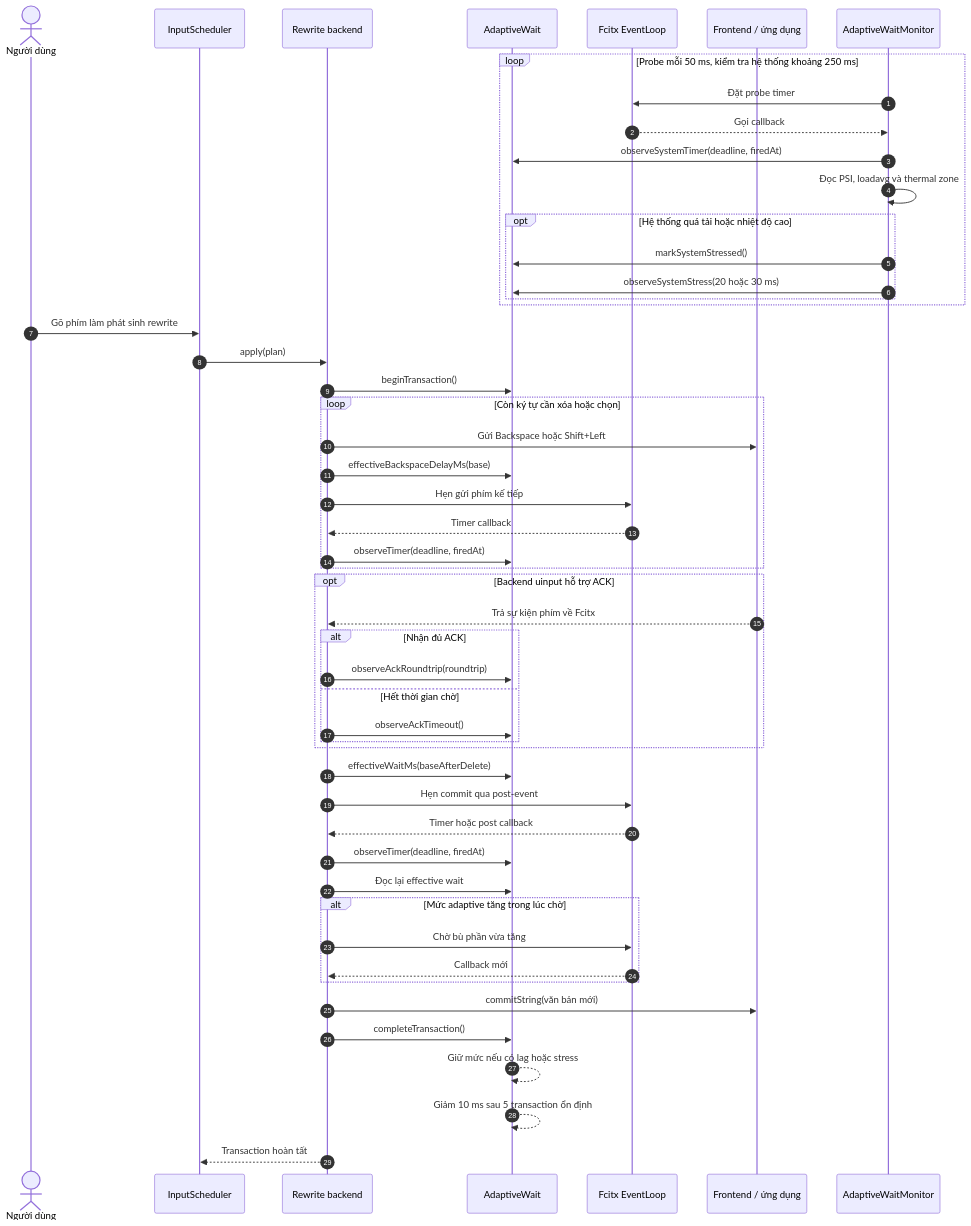
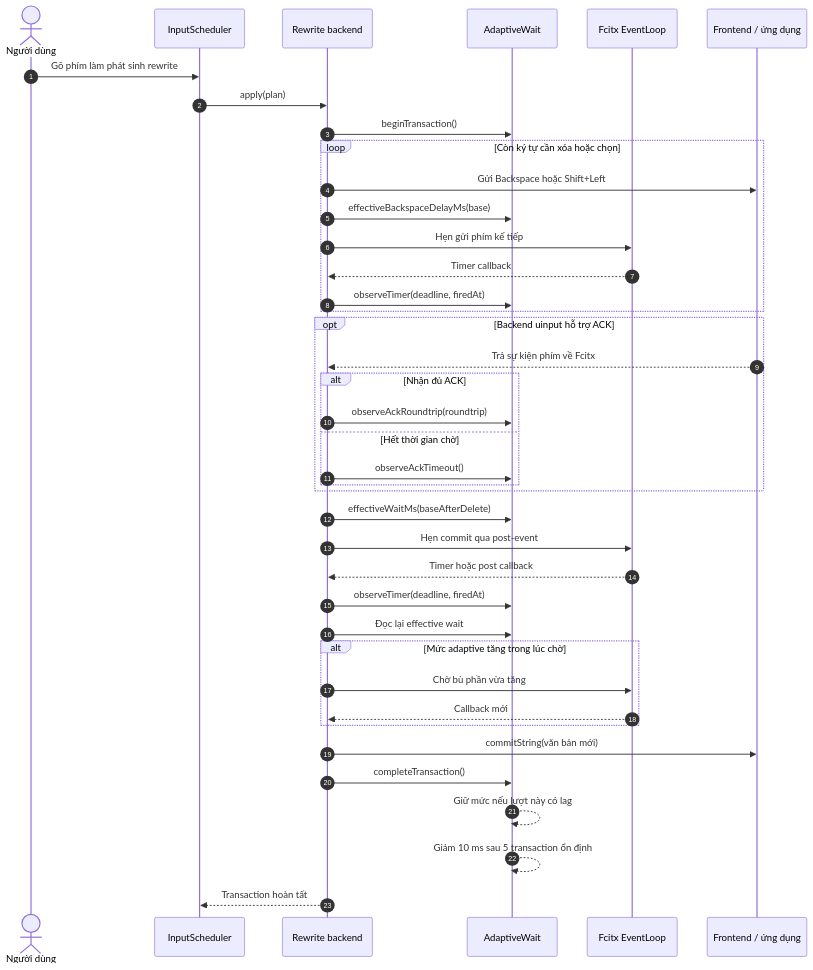
One commit to xhkzeroone/ArecaIME changed the diagram in docs/ADAPTIVE_DELAYS.md. Above: the diagram before and after it, drawn with Mermaid. The commit also changed other lines of this file and 13 other files, not shown here.

First line of the commit message:
Drop the background adaptive wait monitor

````diff
--- a/docs/ADAPTIVE_DELAYS.md
+++ b/docs/ADAPTIVE_DELAYS.md
@@ -100,58 +87,46 @@
 ```mermaid
 sequenceDiagram
     autonumber
     actor U as Người dùng
     participant S as InputScheduler
     participant B as Rewrite backend
     participant A as AdaptiveWait
     participant E as Fcitx EventLoop
     participant F as Frontend / ứng dụng
-    participant M as AdaptiveWaitMonitor
-
-    loop Probe mỗi 50 ms, kiểm tra hệ thống khoảng 250 ms
-        M->>E: Đặt probe timer
-        E-->>M: Gọi callback
-        M->>A: observeSystemTimer(deadline, firedAt)
-        M->>M: Đọc PSI, loadavg và thermal zone
-        opt Hệ thống quá tải hoặc nhiệt độ cao
-            M->>A: markSystemStressed()
-            M->>A: observeSystemStress(20 hoặc 30 ms)
-        end
-    end
 
     U->>S: Gõ phím làm phát sinh rewrite
     S->>B: apply(plan)
     B->>A: beginTransaction()
 
     loop Còn ký tự cần xóa hoặc chọn
         B->>F: Gửi Backspace hoặc Shift+Left
         B->>A: effectiveBackspaceDelayMs(base)
         B->>E: Hẹn gửi phím kế tiếp
         E-->>B: Timer callback
         B->>A: observeTimer(deadline, firedAt)
     end
 
     opt Backend uinput hỗ trợ ACK
         F-->>B: Trả sự kiện phím về Fcitx
         alt Nhận đủ ACK
             B->>A: observeAckRoundtrip(roundtrip)
         else Hết thời gian chờ
             B->>A: observeAckTimeout()
         end
     end
 
     B->>A: effectiveWaitMs(baseAfterDelete)
     B->>E: Hẹn commit qua post-event
     E-->>B: Timer hoặc post callback
     B->>A: observeTimer(deadline, firedAt)
     B->>A: Đọc lại effective wait
     alt Mức adaptive tăng trong lúc chờ
         B->>E: Chờ bù phần vừa tăng
         E-->>B: Callback mới
     end
     B->>F: commitString(văn bản mới)
     B->>A: completeTransaction()
-    A-->>A: Giữ mức nếu có lag hoặc stress
+    A-->>A: Giữ mức nếu lượt này có lag
     A-->>A: Giảm 10 ms sau 5 transaction ổn định
     B-->>S: Transaction hoàn tất
 ```
````
